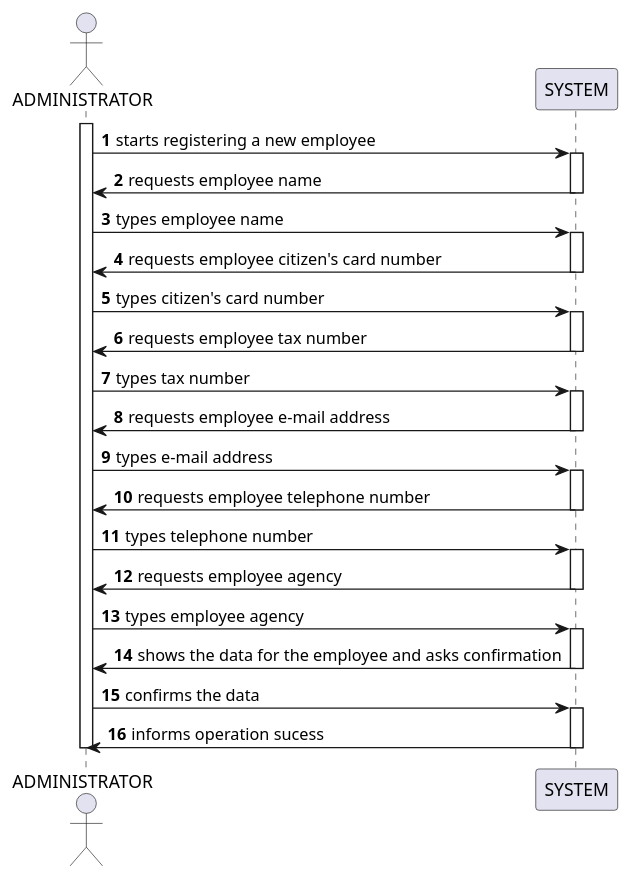
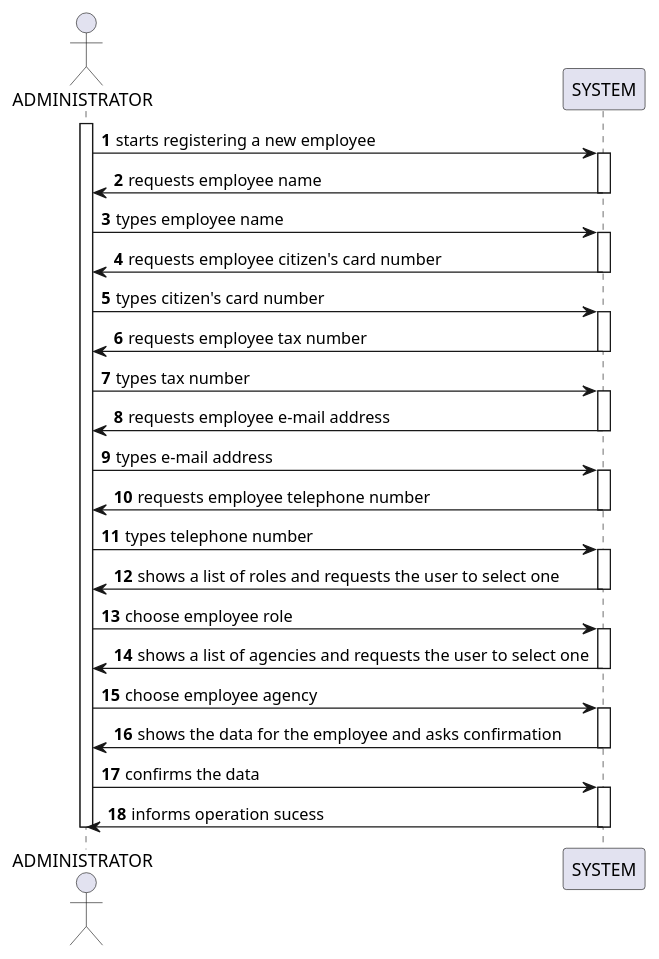
The diagram in docs/sprintB/US003/01.requirements-engineering/puml/SSD.puml (tiagohcorreia/LAPR2), drawn with PlantUML before and after one commit.

Commit message:
US003 System sequence diagram updated

```diff
--- a/docs/sprintB/US003/01.requirements-engineering/puml/SSD.puml
+++ b/docs/sprintB/US003/01.requirements-engineering/puml/SSD.puml
@@ -1,75 +1,83 @@
 @startuml
 
 actor ADMINISTRATOR as adm
 participant SYSTEM as ui
 
 autonumber
 
 activate adm
 
 adm -> ui: starts registering a new employee
 
 activate ui
 
 adm <- ui: requests employee name
 
 deactivate ui
 
 adm -> ui: types employee name
 
 activate ui
 
 adm <- ui: requests employee citizen's card number
 
 deactivate ui
 
 adm -> ui: types citizen's card number
 
 activate ui
 
 adm <- ui: requests employee tax number
 
 deactivate ui
 
 adm -> ui: types tax number
 
 activate ui
 
 adm <- ui: requests employee e-mail address
 
 deactivate ui
 
 adm -> ui: types e-mail address
 
 activate ui
 
 adm <- ui: requests employee telephone number
 
 deactivate ui
 
 adm -> ui: types telephone number
 
 activate ui
 
-adm <- ui: requests employee agency
+adm <- ui: shows a list of roles and requests the user to select one
 
 deactivate ui
 
-adm -> ui: types employee agency
+adm -> ui: choose employee role
+
+activate ui
+
+adm <- ui: shows a list of agencies and requests the user to select one
+
+deactivate ui
+
+adm -> ui: choose employee agency
 
 activate ui
 
 adm <- ui: shows the data for the employee and asks confirmation
 
 deactivate ui
 
 adm -> ui: confirms the data
 
 activate ui
 
 adm <- ui: informs operation sucess
 
 deactivate adm
 deactivate ui
 
 @enduml
```
